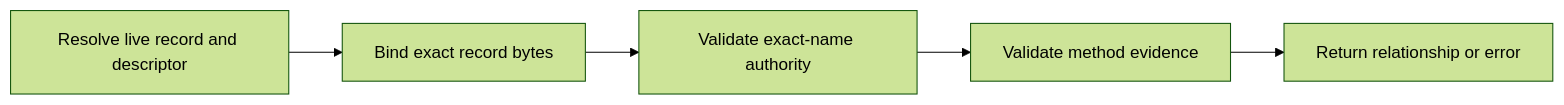
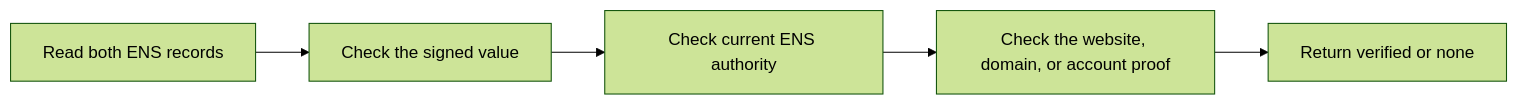
The diagram in apps/web/src/pages/docs/spec/overview.mdx (envoy1084/ensip-verification), drawn with Mermaid (forest theme) before and after one commit. The commit also changed other lines of this file and 11 other files, not shown here.

````diff
--- a/apps/web/src/pages/docs/spec/overview.mdx
+++ b/apps/web/src/pages/docs/spec/overview.mdx
@@ -12,7 +30,7 @@
 ```mermaid
 flowchart LR
-  A["Resolve live record and descriptor"] --> B["Bind exact record bytes"]
-  B --> C["Validate exact-name authority"]
-  C --> D["Validate method evidence"]
-  D --> E["Return relationship or error"]
+  A["Read both ENS records"] --> B["Check the signed value"]
+  B --> C["Check current ENS authority"]
+  C --> D["Check the website, domain, or account proof"]
+  D --> E["Return verified or none"]
 ```
````
